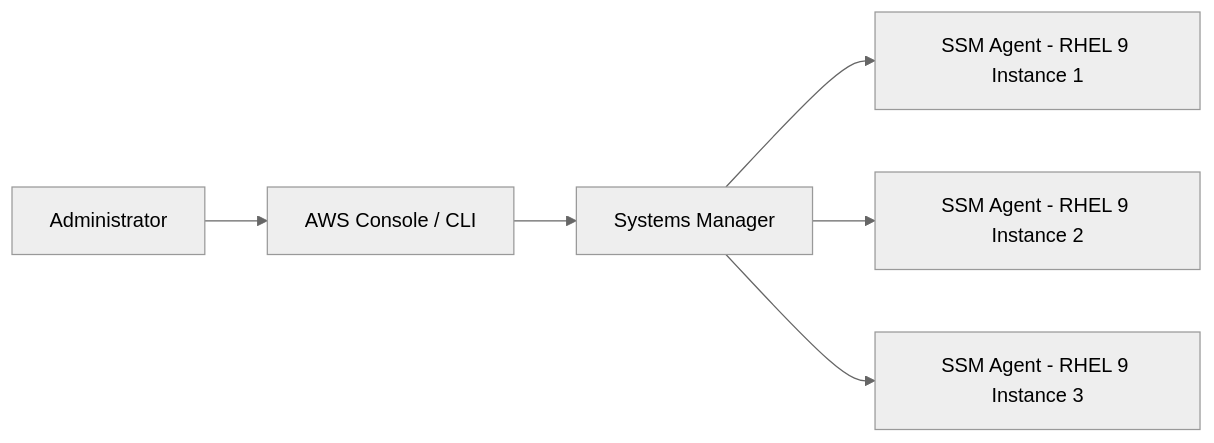
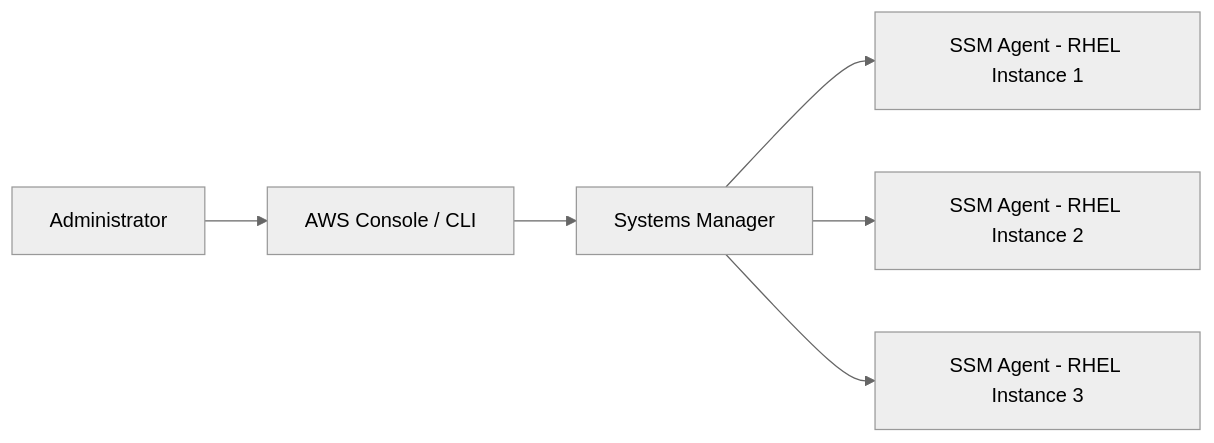
Before and after one commit to OneUptime/blog: the diagram in posts/2026-03-04-use-aws-systems-manager-rhel-9-instances/README.md, drawn with Mermaid (neutral theme). The commit also changed other lines of this file and 4866 other files, not shown here.

````diff
--- a/posts/2026-03-04-use-aws-systems-manager-rhel-9-instances/README.md
+++ b/posts/2026-03-04-use-aws-systems-manager-rhel-9-instances/README.md
@@ -15,8 +15,8 @@
 ```mermaid
 graph LR
     Admin[Administrator] --> Console[AWS Console / CLI]
     Console --> SSM[Systems Manager]
-    SSM --> Agent1[SSM Agent - RHEL 9 Instance 1]
-    SSM --> Agent2[SSM Agent - RHEL 9 Instance 2]
-    SSM --> Agent3[SSM Agent - RHEL 9 Instance 3]
+    SSM --> Agent1[SSM Agent - RHEL Instance 1]
+    SSM --> Agent2[SSM Agent - RHEL Instance 2]
+    SSM --> Agent3[SSM Agent - RHEL Instance 3]
 ```
````
